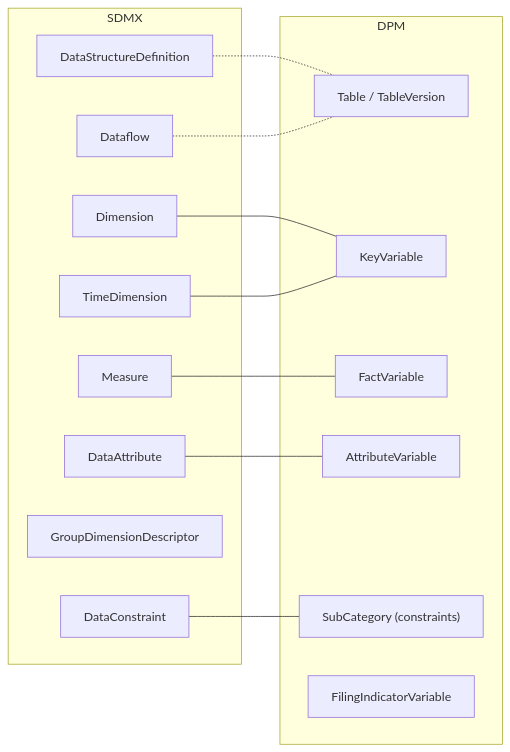
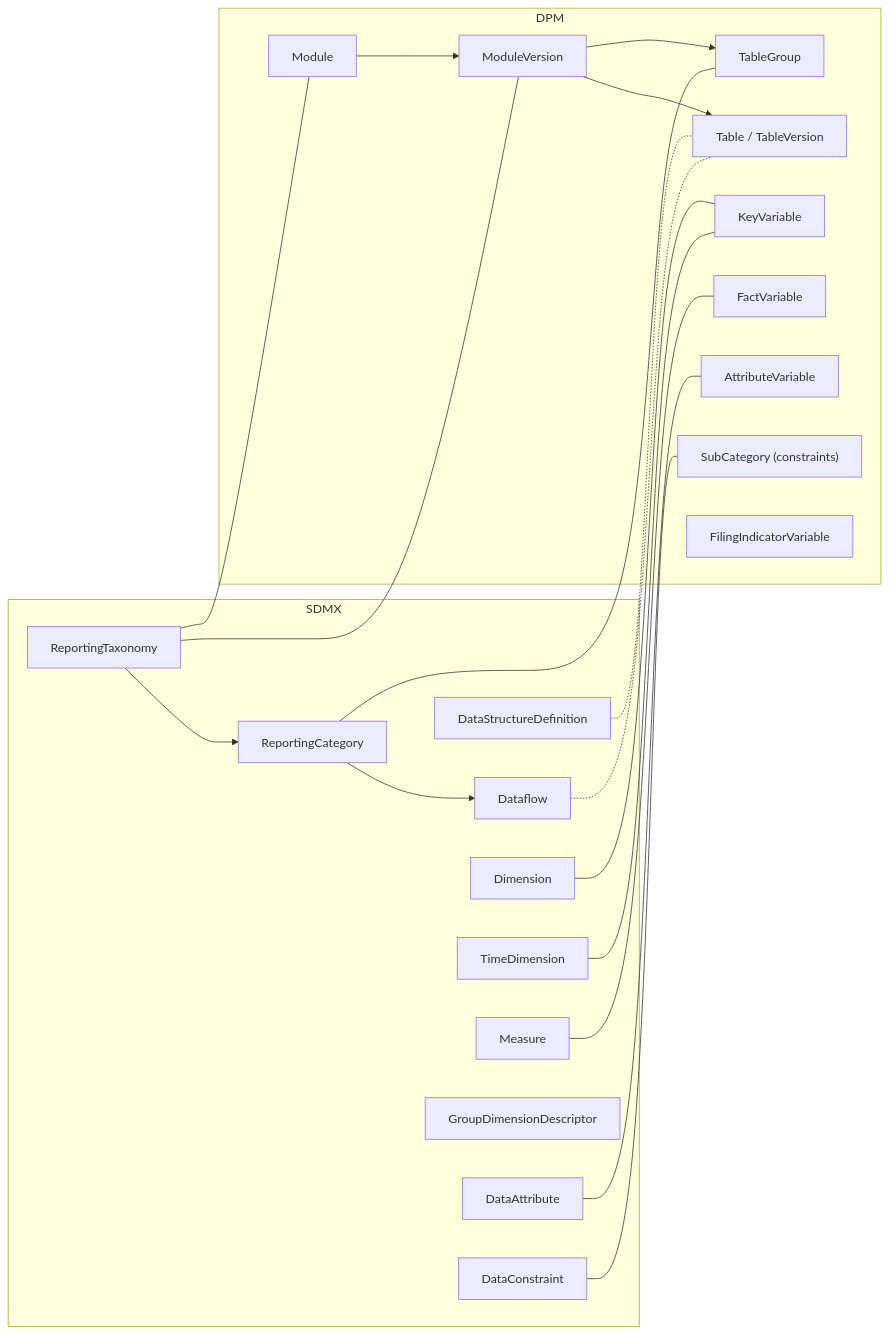
The diagram in docs/models-relationships/02_data_definition/02_high_level_mapping_summary.md (sdmx-twg/wp-sdmx-dpm), drawn with Mermaid before and after one commit. The commit also changed other lines of this file and 6 other files, not shown here.

First line of the commit message:
docs: move Module/ModuleVersion to §02 Data Definition

````diff
--- a/docs/models-relationships/02_data_definition/02_high_level_mapping_summary.md
+++ b/docs/models-relationships/02_data_definition/02_high_level_mapping_summary.md
@@ -30,30 +35,43 @@
 ```mermaid
 flowchart LR
   subgraph SDMX
+    sRT["ReportingTaxonomy"]
+    sRC["ReportingCategory"]
     sDSD["DataStructureDefinition"]
     sDataflow["Dataflow"]
     sDim["Dimension"]
     sTimeDim["TimeDimension"]
     sMeasure["Measure"]
     sAttr["DataAttribute"]
     sGroup["GroupDimensionDescriptor"]
     sConstraint["DataConstraint"]
+    sRT --> sRC
+    sRC --> sDataflow
   end
 
   subgraph DPM
+    dModule["Module"]
+    dMV["ModuleVersion"]
+    dTG["TableGroup"]
     dTable["Table / TableVersion"]
     dKeyVar["KeyVariable"]
     dFactVar["FactVariable"]
     dAttrVar["AttributeVariable"]
     dSubCat["SubCategory (constraints)"]
     dFiling["FilingIndicatorVariable"]
+    dModule --> dMV
+    dMV --> dTG
+    dMV --> dTable
   end
 
+  sRT --- dModule
+  sRT --- dMV
+  sRC --- dTG
   sDSD -.- dTable
   sDataflow -.- dTable
   sDim --- dKeyVar
   sTimeDim --- dKeyVar
   sMeasure --- dFactVar
   sAttr --- dAttrVar
   sConstraint --- dSubCat
 ```
````
